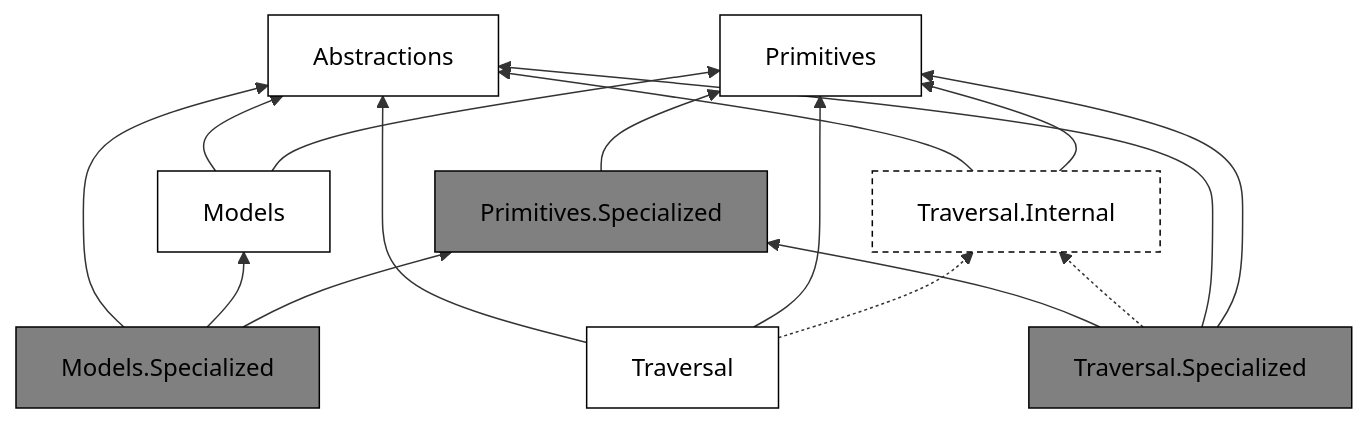
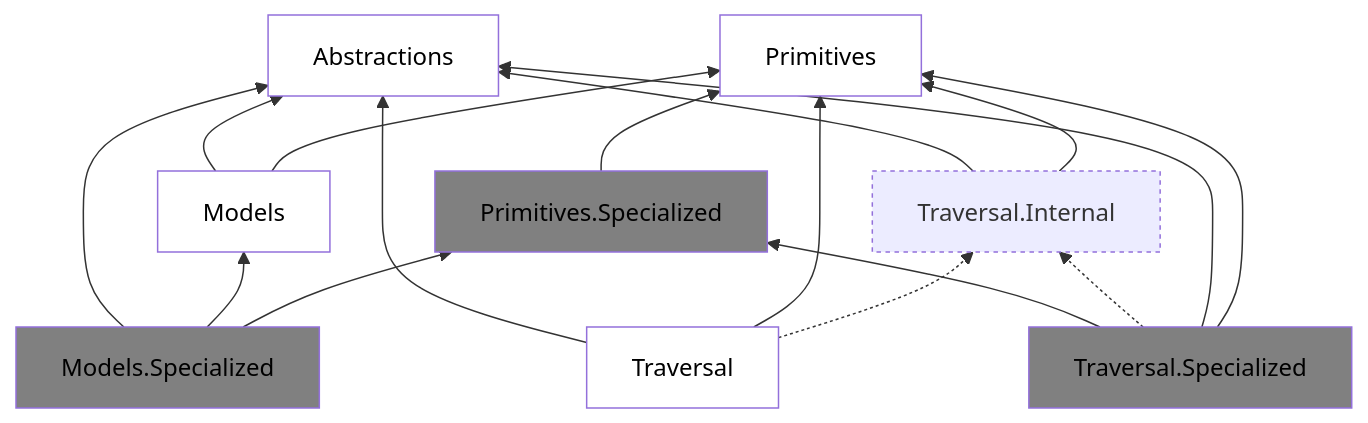
The diagram in tools/agents/kiro/steering/product.md (qbit86/arborescence), drawn with Mermaid before and after one commit. The commit also changed 1 other file, not shown here.

Commit message:
Refactor flowchart class definitions

````diff
--- a/tools/agents/kiro/steering/product.md
+++ b/tools/agents/kiro/steering/product.md
@@ -21,33 +21,34 @@
 ```mermaid
 flowchart BT
     Abstractions
     Primitives
     Models
     PrimitivesSpecialized["Primitives.Specialized"]
     TraversalInternal["Traversal.Internal"]
     Traversal
     ModelsSpecialized["Models.Specialized"]
     TraversalSpecialized["Traversal.Specialized"]
 
     Models --> Abstractions
     Models --> Primitives
     PrimitivesSpecialized --> Primitives
     TraversalInternal --> Abstractions
     TraversalInternal --> Primitives
     Traversal --> Abstractions
     Traversal --> Primitives
     Traversal -.-> TraversalInternal
     ModelsSpecialized --> Abstractions
     ModelsSpecialized --> Models
     ModelsSpecialized --> PrimitivesSpecialized
     TraversalSpecialized --> PrimitivesSpecialized
     TraversalSpecialized -.-> TraversalInternal
     TraversalSpecialized --> Abstractions
     TraversalSpecialized --> Primitives
 
-    classDef default fill:white,stroke:black,color:black
-    classDef specialized fill:grey,stroke:black,color:black
-    classDef internal fill:white,stroke:black,color:black,stroke-dasharray:4 3
+    classDef base fill:white,color:black
+    classDef specialized fill:grey,color:black
+    classDef internal stroke-dasharray:3 3
+    class Abstractions,Primitives,Models,Traversal base
     class PrimitivesSpecialized,ModelsSpecialized,TraversalSpecialized specialized
     class TraversalInternal internal
 ```
````
